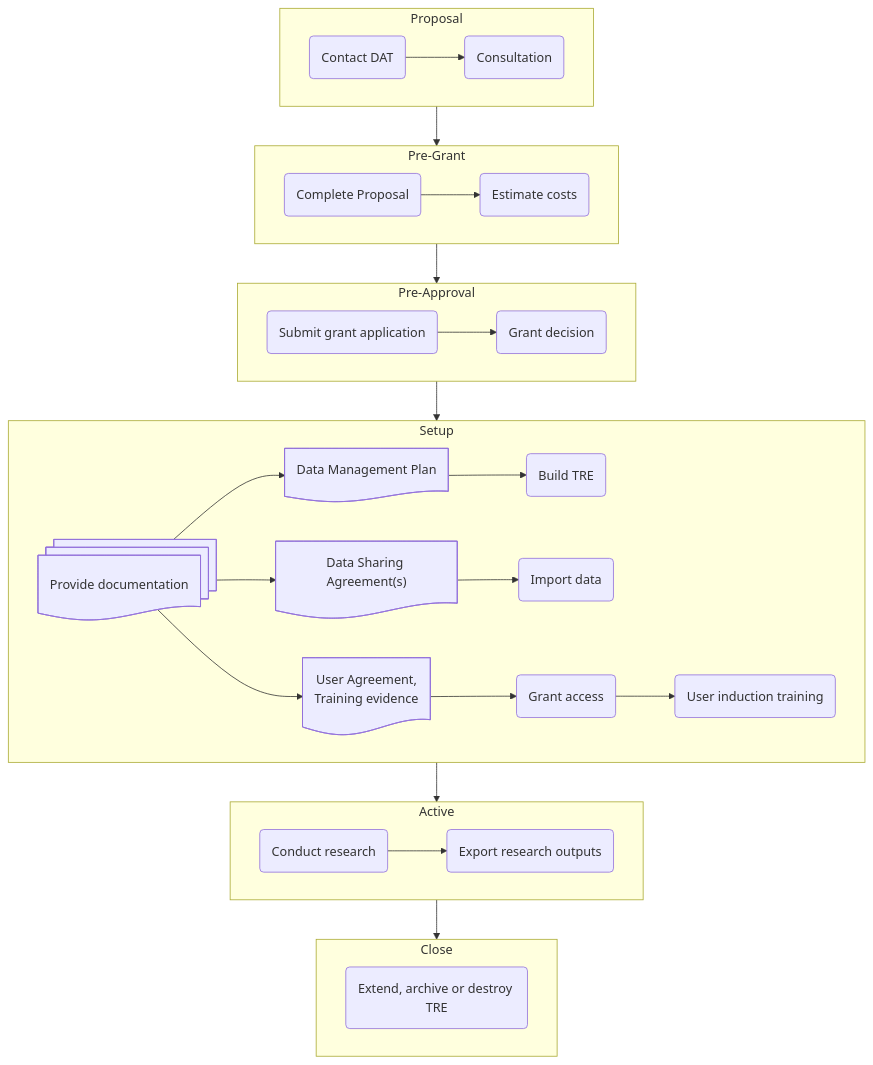
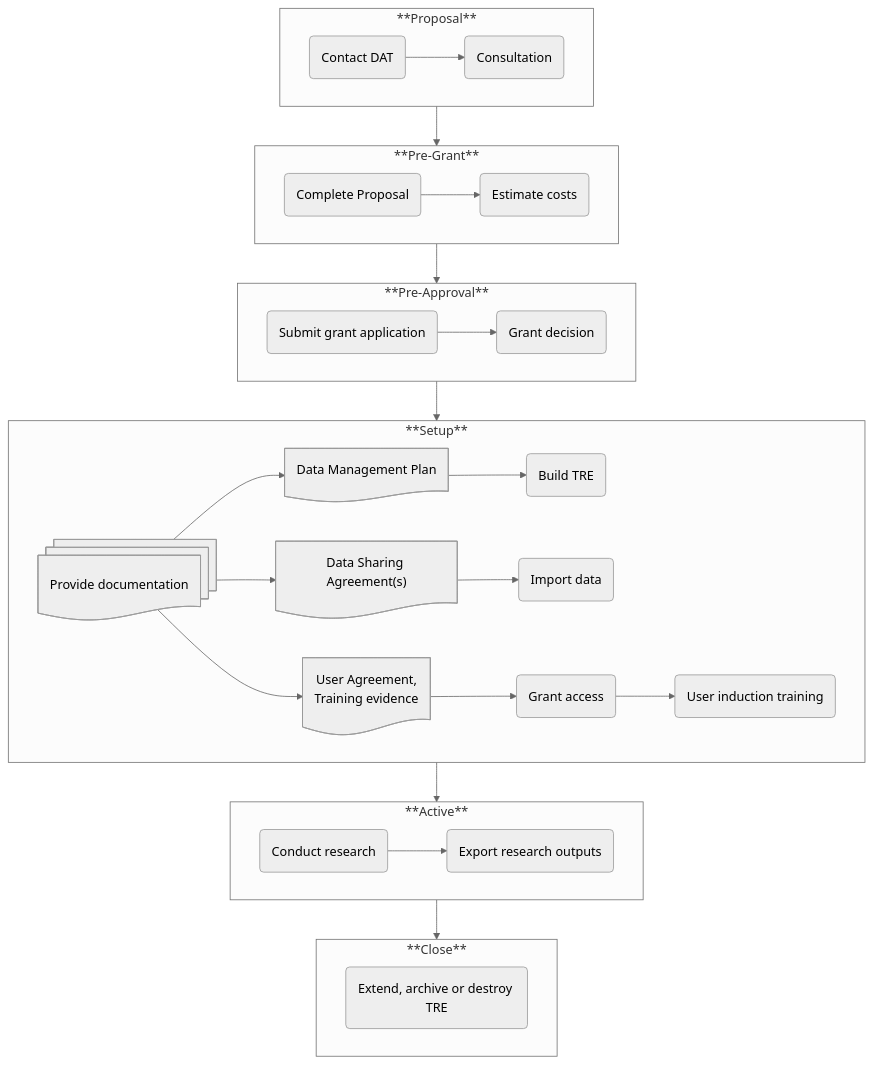
Before and after one commit to LIDA-Data-Analytics-Team/laserdocs: the diagram in docs/lida_services/RMP.md, drawn with Mermaid.

Commit message:
Mermaid theme & formatting

````diff
--- a/docs/lida_services/RMP.md
+++ b/docs/lida_services/RMP.md
@@ -18,48 +18,53 @@
 ```mermaid
+---
+config:
+  theme: 'neutral'
+---
 flowchart TD
-    subgraph Proposal
+    subgraph Proposal[**Proposal**]
     direction LR
+
     1(Contact DAT) 
         --> 2(Consultation)
     end
 
-    subgraph Pre-Grant
+    subgraph Pre-Grant[**Pre-Grant**]
     direction LR
     3(Complete Proposal) 
         --> 4(Estimate costs)
     end
 
-    subgraph Pre-Approval
+    subgraph Pre-Approval[**Pre-Approval**]
     direction LR
     5(Submit grant application)    
         --> 6(Grant decision)
     end
 
-    subgraph Setup
+    subgraph Setup[**Setup**]
     direction LR
         7@{ shape: docs, label: "Provide documentation"}
         7a@{ shape: doc, label: "Data Management Plan"}
         7b@{ shape: doc, label: "Data Sharing Agreement(s)"}
         7c@{ shape: doc, label: "User Agreement, <br> Training evidence"}
         8(Build TRE)
         9(Import data)
         10a(Grant access)
         10b(User induction training)
         7 --> 7a --> 8
         7 --> 7b --> 9
         7 --> 7c --> 10a --> 10b
     end
 
-    subgraph Active
+    subgraph Active[**Active**]
     direction LR
     11(Conduct research)
         --> 12(Export research outputs)
     end
 
-    subgraph Close
+    subgraph Close[**Close**]
     direction LR
     13(Extend, archive or destroy TRE)
     end
 
     Proposal --> Pre-Grant --> Pre-Approval --> Setup --> Active --> Close
 ```
````
